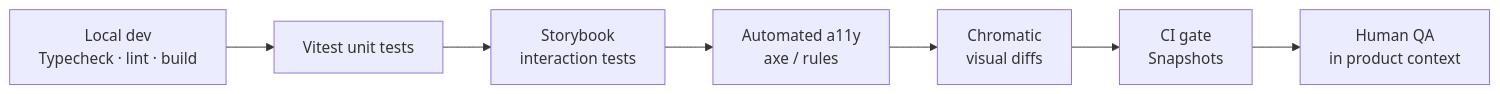
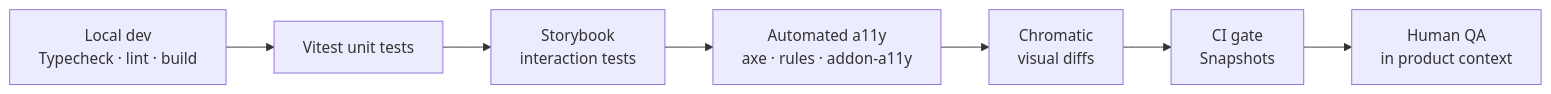
The fourth of 5 diagrams in slidev/slides.md (regislutter/swiss-post-demo), drawn with Mermaid before and after one commit. The commit also changed other lines of this file, not shown here.

````diff
--- a/slidev/slides.md
+++ b/slidev/slides.md
@@ -447,8 +448,8 @@
 ```mermaid
 flowchart LR
  A[Local dev<br/>Typecheck · lint · build] --> X[Vitest unit tests] --> B[Storybook<br/>interaction tests]
- B --> C[Automated a11y<br/>axe / rules]
+ B --> C[Automated a11y<br/>axe · rules · addon-a11y]
  C --> D[Chromatic<br/>visual diffs]
  D --> E[CI gate<br/>Snapshots]
  E --> F[Human QA<br/>in product context]
 ```
````
